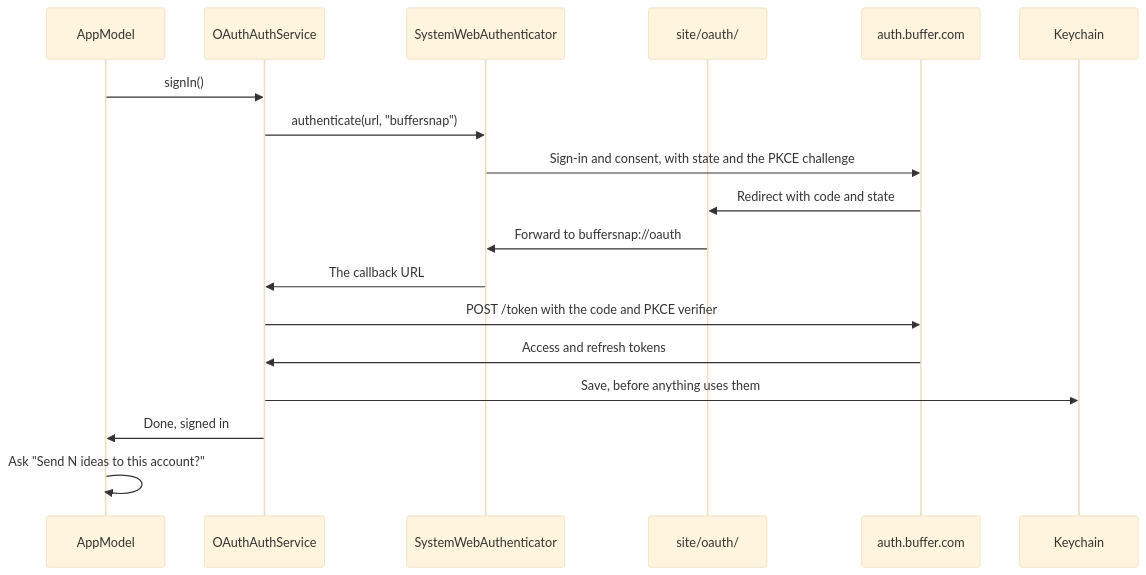
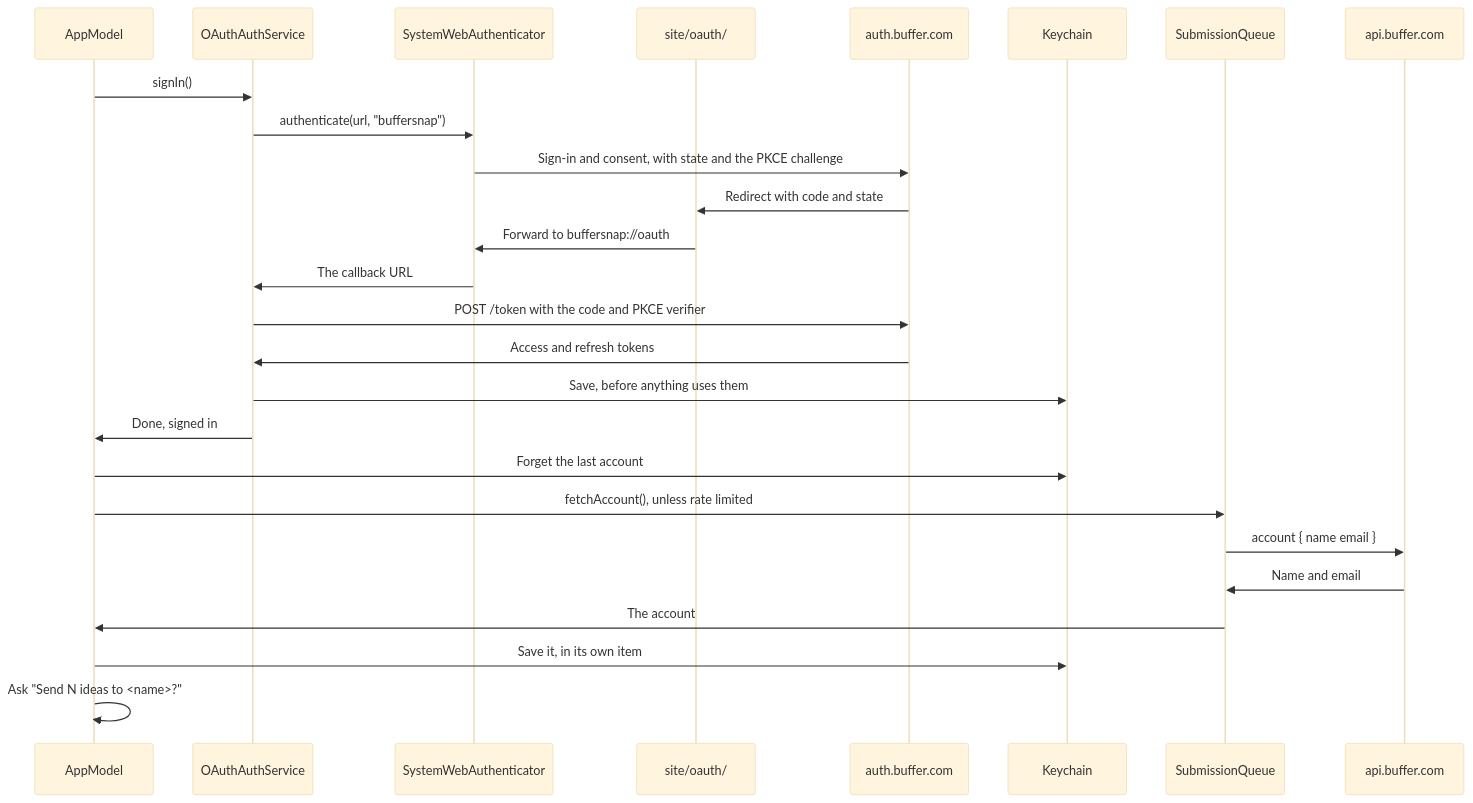
Before and after one commit to southp/buffer-snap: the third of 6 diagrams in docs/architecture.md, drawn with Mermaid (base theme). The commit also changed other lines of this file and 3 other files, not shown here.

First line of the commit message:
Docs: Say the app reads and keeps the account's name and email

````diff
--- a/docs/architecture.md
+++ b/docs/architecture.md
@@ -127,20 +132,28 @@
 ```mermaid
 sequenceDiagram
     participant Model as AppModel
     participant Auth as OAuthAuthService
     participant Web as SystemWebAuthenticator
     participant Page as site/oauth/
     participant Buffer as auth.buffer.com
     participant Keychain
+    participant Queue as SubmissionQueue
+    participant API as api.buffer.com
     Model->>Auth: signIn()
     Auth->>Web: authenticate(url, "buffersnap")
     Web->>Buffer: Sign-in and consent, with state and the PKCE challenge
     Buffer->>Page: Redirect with code and state
     Page->>Web: Forward to buffersnap://oauth
     Web->>Auth: The callback URL
     Auth->>Buffer: POST /token with the code and PKCE verifier
     Buffer->>Auth: Access and refresh tokens
     Auth->>Keychain: Save, before anything uses them
     Auth->>Model: Done, signed in
-    Model->>Model: Ask "Send N ideas to this account?"
+    Model->>Keychain: Forget the last account
+    Model->>Queue: fetchAccount(), unless rate limited
+    Queue->>API: account { name email }
+    API->>Queue: Name and email
+    Queue->>Model: The account
+    Model->>Keychain: Save it, in its own item
+    Model->>Model: Ask "Send N ideas to <name>?"
 ```
````
